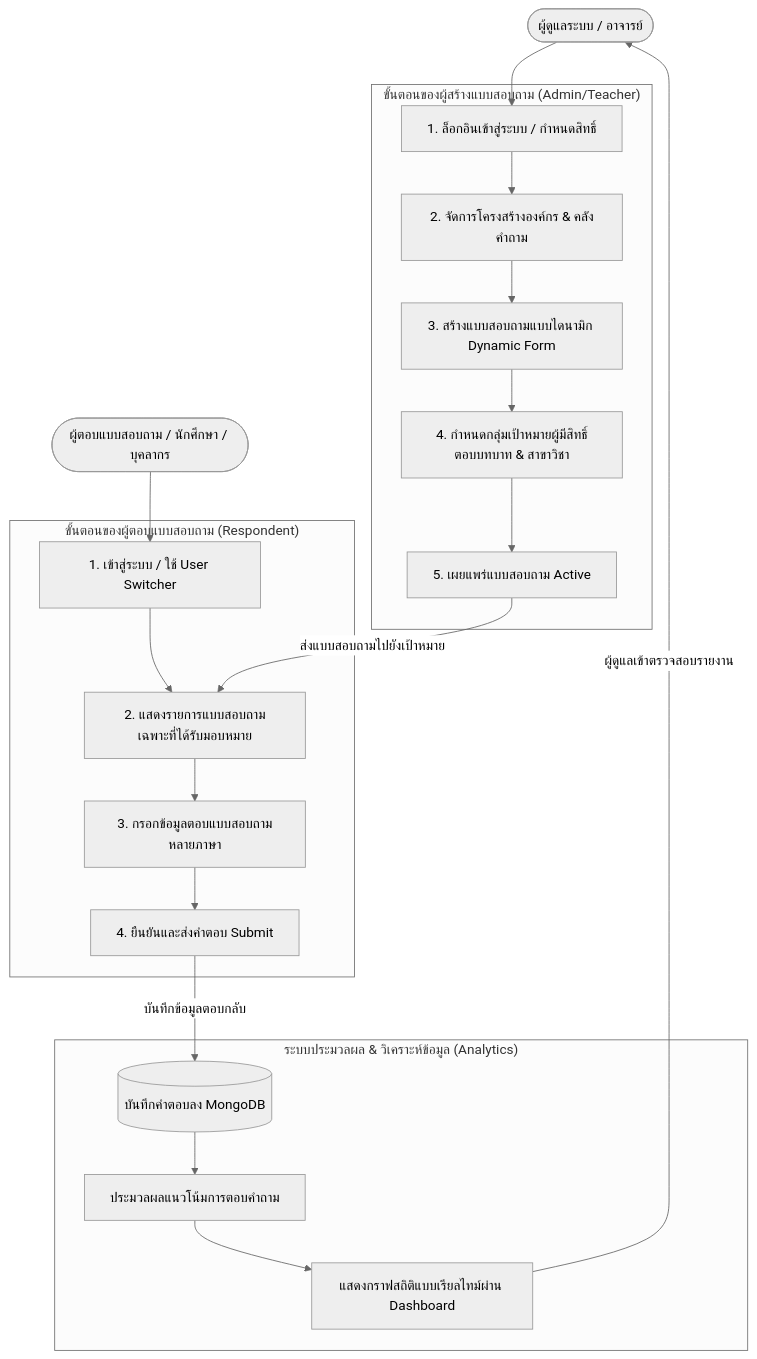
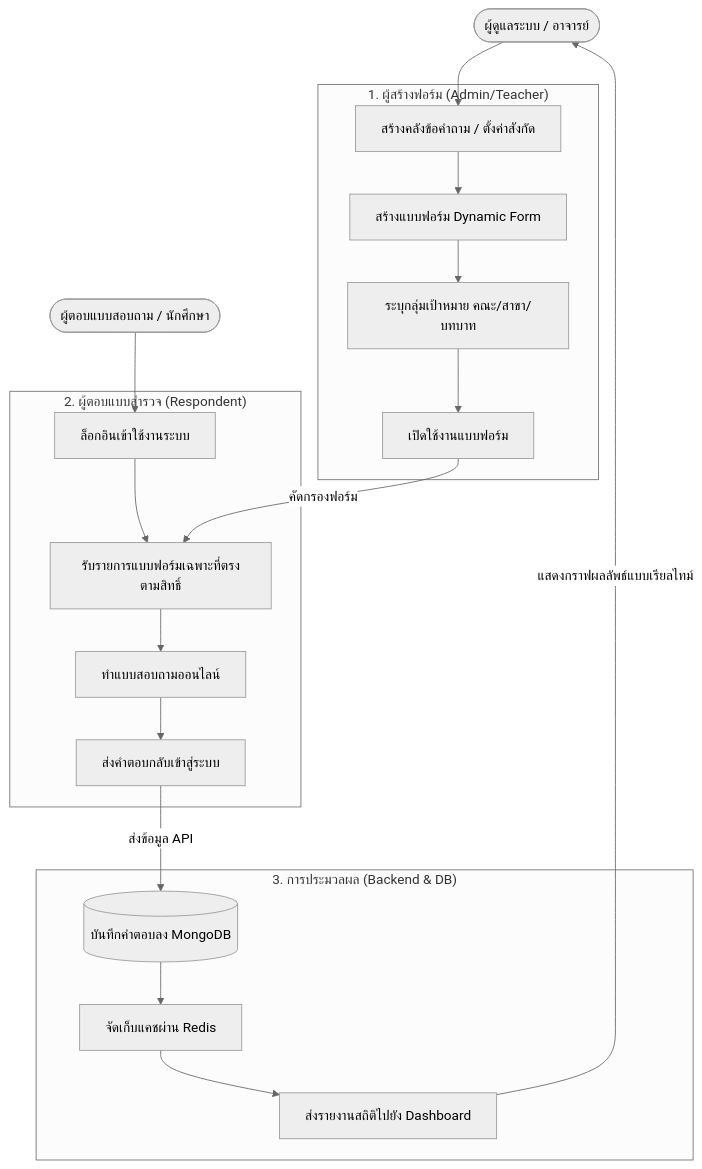
The diagram in README.md (Napus-BackendDev/Digital-University-Project-SE), drawn with Mermaid (neutral theme) before and after one commit. The commit also changed other lines of this file, not shown here.

````diff
--- a/README.md
+++ b/README.md
@@ -25,34 +30,31 @@
 ```mermaid
 flowchart TD
     %% Roles
     Admin([ผู้ดูแลระบบ / อาจารย์])
-    User([ผู้ตอบแบบสอบถาม / นักศึกษา / บุคลากร])
+    User([ผู้ตอบแบบสอบถาม / นักศึกษา])
 
-    %% Admin Flow
-    subgraph AdminFlow ["ขั้นตอนของผู้สร้างแบบสอบถาม (Admin/Teacher)"]
-        A1[1. ล็อกอินเข้าสู่ระบบ / กำหนดสิทธิ์] --> A2[2. จัดการโครงสร้างองค์กร & คลังคำถาม]
-        A2 --> A3[3. สร้างแบบสอบถามแบบไดนามิก Dynamic Form]
-        A3 --> A4[4. กำหนดกลุ่มเป้าหมายผู้มีสิทธิ์ตอบบทบาท & สาขาวิชา]
-        A4 --> A5[5. เผยแพร่แบบสอบถาม Active]
+    %% Flow Steps
+    subgraph Creators ["1. ผู้สร้างฟอร์ม (Admin/Teacher)"]
+        A1[สร้างคลังข้อคำถาม / ตั้งค่าสังกัด] --> A2[สร้างแบบฟอร์ม Dynamic Form]
+        A2 --> A3[ระบุกลุ่มเป้าหมาย คณะ/สาขา/บทบาท]
+        A3 --> A4[เปิดใช้งานแบบฟอร์ม]
     end
 
-    %% User Flow
-    subgraph UserFlow ["ขั้นตอนของผู้ตอบแบบสอบถาม (Respondent)"]
-        U1[1. เข้าสู่ระบบ / ใช้ User Switcher] --> U2[2. แสดงรายการแบบสอบถามเฉพาะที่ได้รับมอบหมาย]
-        U2 --> U3[3. กรอกข้อมูลตอบแบบสอบถามหลายภาษา]
-        U3 --> U4[4. ยืนยันและส่งคำตอบ Submit]
+    subgraph Respondents ["2. ผู้ตอบแบบสำรวจ (Respondent)"]
+        U1[ล็อกอินเข้าใช้งานระบบ] --> U2[รับรายการแบบฟอร์มเฉพาะที่ตรงตามสิทธิ์]
+        U2 --> U3[ทำแบบสอบถามออนไลน์]
+        U3 --> U4[ส่งคำตอบกลับเข้าสู่ระบบ]
     end
 
-    %% System Analytics Flow
-    subgraph SystemFlow ["ระบบประมวลผล & วิเคราะห์ข้อมูล (Analytics)"]
-        S1[(บันทึกคำตอบลง MongoDB)] --> S2[ประมวลผลแนวโน้มการตอบคำถาม]
-        S2 --> S3[แสดงกราฟสถิติแบบเรียลไทม์ผ่าน Dashboard]
+    subgraph BackendSys ["3. การประมวลผล (Backend & DB)"]
+        S1[(บันทึกคำตอบลง MongoDB)] --> S2[จัดเก็บแคชผ่าน Redis]
+        S2 --> S3[ส่งรายงานสถิติไปยัง Dashboard]
     end
 
-    %% Connections
+    %% Connectors
     Admin --> A1
-    A5 -->|ส่งแบบสอบถามไปยังเป้าหมาย| U2
+    A4 -->|คัดกรองฟอร์ม| U2
     User --> U1
-    U4 -->|บันทึกข้อมูลตอบกลับ| S1
-    S3 -->|ผู้ดูแลเข้าตรวจสอบรายงาน| Admin
+    U4 -->|ส่งข้อมูล API| S1
+    S3 -->|แสดงกราฟผลลัพธ์แบบเรียลไทม์| Admin
 ```
````
